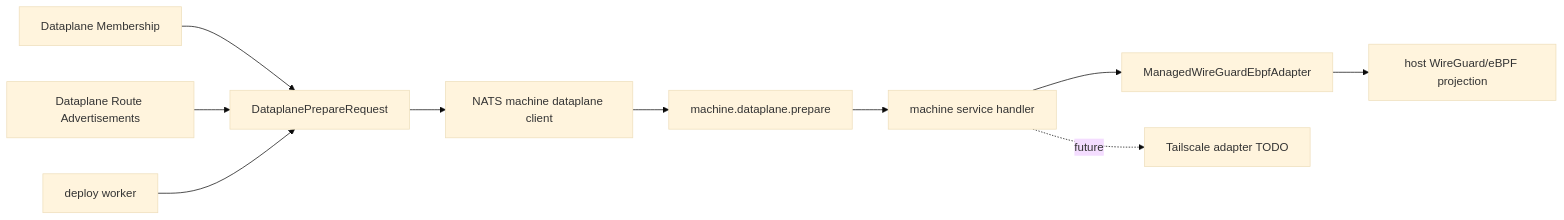
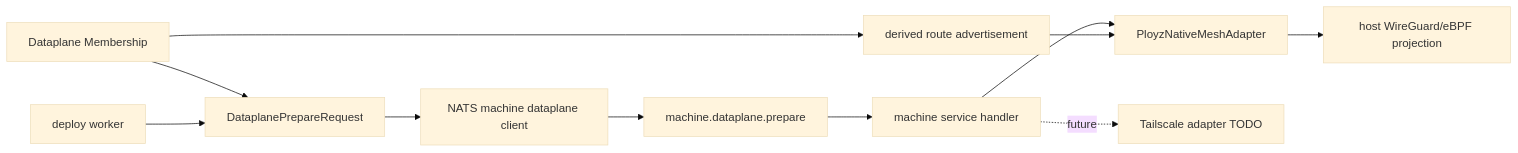
The diagram in docs/plans/2026-06-27-001-refactor-dataplane-projection-adapters-plan.md (getployz/ployz), drawn with Mermaid (base theme) before and after one commit. The commit also changed other lines of this file and 3 other files, not shown here.

````diff
--- a/docs/plans/2026-06-27-001-refactor-dataplane-projection-adapters-plan.md
+++ b/docs/plans/2026-06-27-001-refactor-dataplane-projection-adapters-plan.md
@@ -78,23 +102,24 @@
 ```mermaid
 flowchart LR
     DeployWorker[deploy worker]
     CoreRequest[DataplanePrepareRequest]
     Membership[Dataplane Membership]
-    Routes[Dataplane Route Advertisements]
+    DerivedRoutes[derived route advertisement]
     NatsClient[NATS machine dataplane client]
     MachineRpc[machine.dataplane.prepare]
     MachineService[machine service handler]
-    Adapter[ManagedWireGuardEbpfAdapter]
+    Adapter[PloyzNativeMeshAdapter]
     Host[host WireGuard/eBPF projection]
     Future[Tailscale adapter TODO]
 
     Membership --> CoreRequest
-    Routes --> CoreRequest
     DeployWorker --> CoreRequest
     CoreRequest --> NatsClient
     NatsClient --> MachineRpc
     MachineRpc --> MachineService
     MachineService --> Adapter
+    Membership --> DerivedRoutes
+    DerivedRoutes --> Adapter
     Adapter --> Host
     MachineService -. future .-> Future
 ```
````
